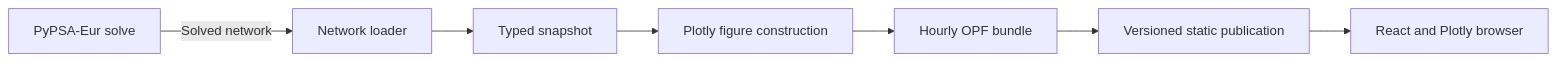
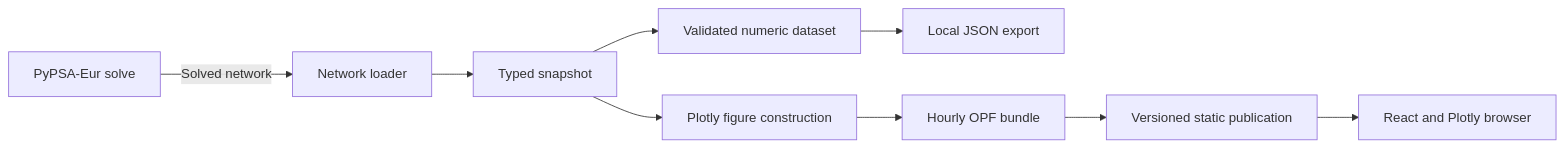
The diagram in coppersushi/opf/README.md (zoltanmaric/coppersushi), drawn with Mermaid before and after one commit. The commit also changed other lines of this file and 7 other files, not shown here.

First line of the commit message:
Export validated Power Flow network data (#267)

````diff
--- a/coppersushi/opf/README.md
+++ b/coppersushi/opf/README.md
@@ -9,9 +9,11 @@
 ```mermaid
 flowchart LR
     solver["PyPSA-Eur solve"] -->|Solved network| networks["Network loader"]
     networks --> snapshot["Typed snapshot"]
+    snapshot --> numeric["Validated numeric dataset"]
+    numeric --> local["Local JSON export"]
     snapshot --> figures["Plotly figure construction"]
     figures --> bundle["Hourly OPF bundle"]
     bundle --> publish["Versioned static publication"]
     publish --> browser["React and Plotly browser"]
 ```
````
